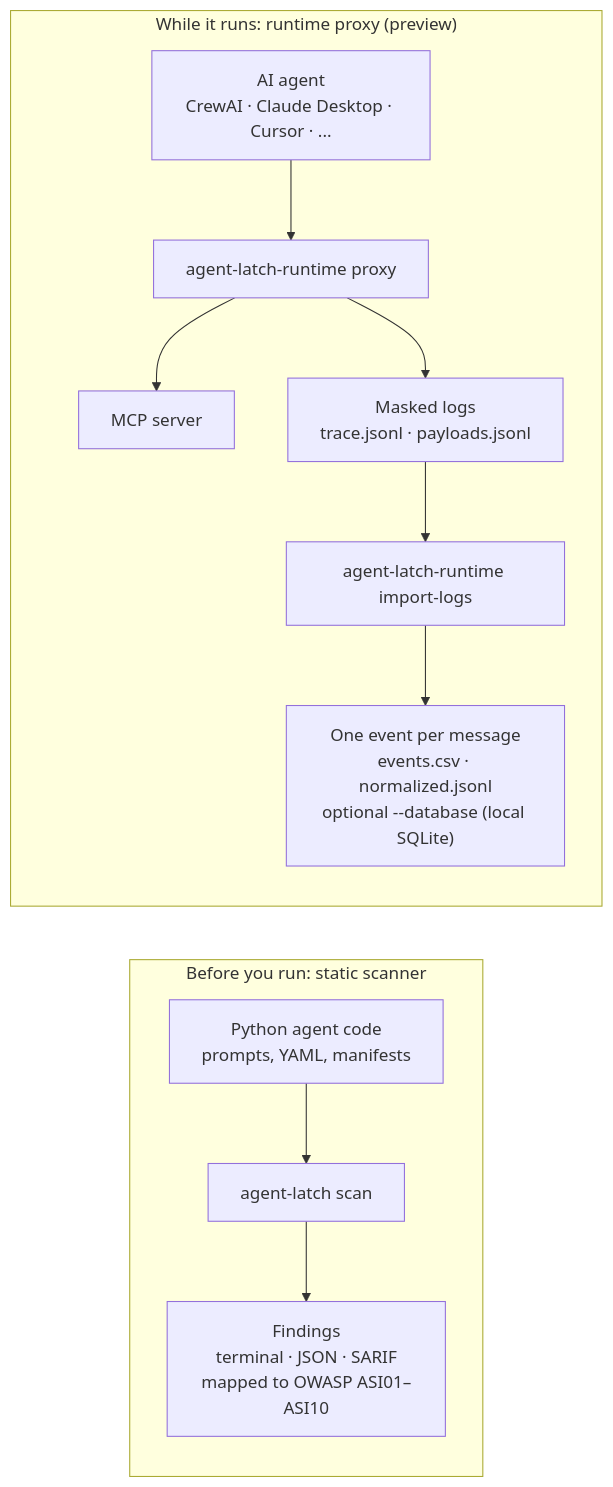
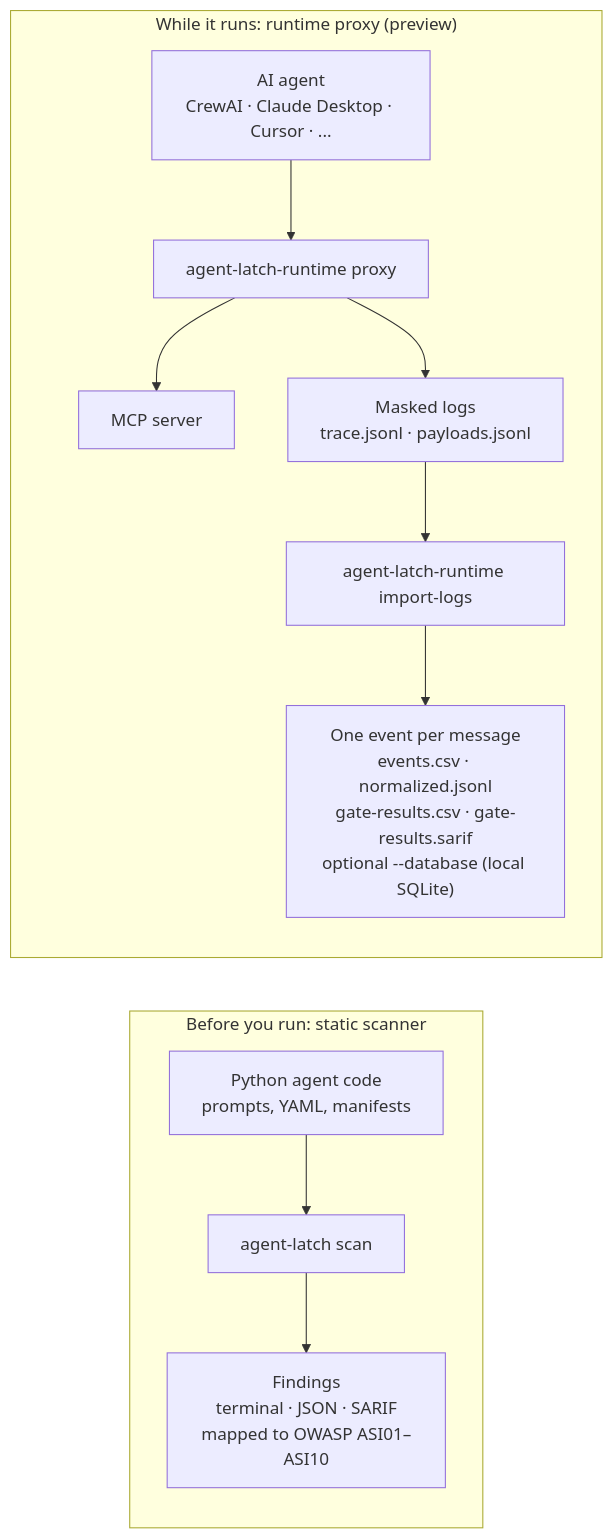
Before and after one commit to AgentLatch/agent-latch: the first of 2 diagrams in README.md, drawn with Mermaid. The commit also changed other lines of this file and 16 other files, not shown here.

````diff
--- a/README.md
+++ b/README.md
@@ -385,14 +391,14 @@
 ```mermaid
 flowchart LR
     subgraph before["Before you run: static scanner"]
         code["Python agent code<br/>prompts, YAML, manifests"] --> scan["agent-latch scan"]
         scan --> report["Findings<br/>terminal · JSON · SARIF<br/>mapped to OWASP ASI01–ASI10"]
     end
     subgraph during["While it runs: runtime proxy (preview)"]
         agent["AI agent<br/>CrewAI · Claude Desktop · Cursor · ..."] --> proxy["agent-latch-runtime proxy"]
         proxy --> server["MCP server"]
         proxy --> logs["Masked logs<br/>trace.jsonl · payloads.jsonl"]
         logs --> importer["agent-latch-runtime import-logs"]
-        importer --> events["One event per message<br/>events.csv · normalized.jsonl<br/>optional --database (local SQLite)"]
+        importer --> events["One event per message<br/>events.csv · normalized.jsonl<br/>gate-results.csv · gate-results.sarif<br/>optional --database (local SQLite)"]
     end
 ```
````
